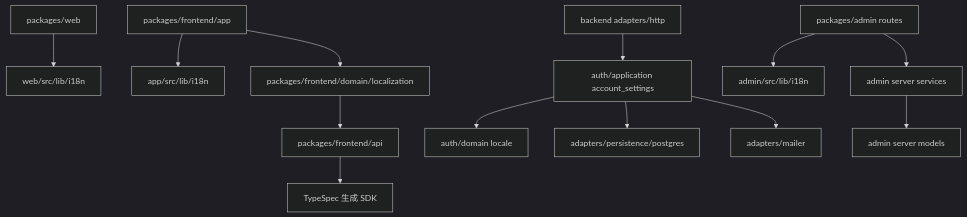
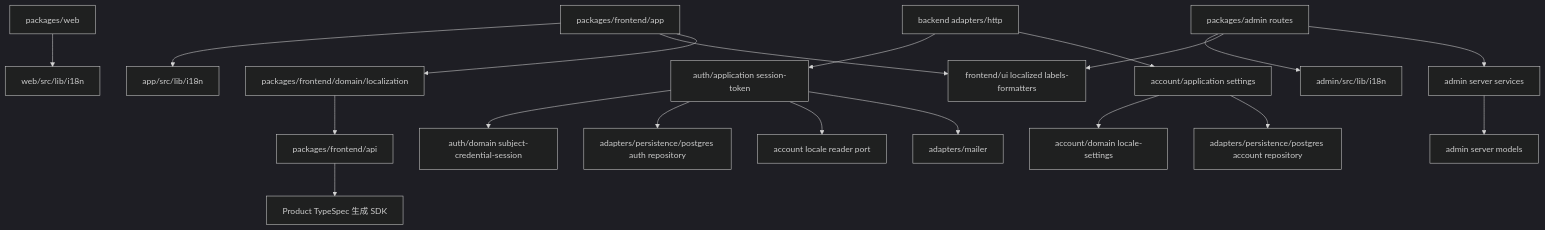
The second of 6 diagrams in openspec/changes/add-default-i18n/design.md (witwire-net/www-template), drawn with Mermaid (dark theme) before and after one commit. The commit also changed other lines of this file and 9 other files, not shown here.

````diff
--- a/openspec/changes/add-default-i18n/design.md
+++ b/openspec/changes/add-default-i18n/design.md
@@ -235,15 +273,21 @@
 ```mermaid
 flowchart TB
   Web[packages/web] --> WebI18n[web/src/lib/i18n]
   App[packages/frontend/app] --> AppI18n[app/src/lib/i18n]
+  App --> UI[frontend/ui localized labels-formatters]
   App --> Domain[packages/frontend/domain/localization]
   Domain --> Api[packages/frontend/api]
-  Api --> TypeSpec[TypeSpec 生成 SDK]
-  BackendHTTP[backend adapters/http] --> BackendApp[auth/application account_settings]
-  BackendApp --> BackendDomain[auth/domain locale]
-  BackendApp --> Postgres[adapters/persistence/postgres]
-  BackendApp --> Mailer[adapters/mailer]
+  Api --> TypeSpec[Product TypeSpec 生成 SDK]
+  BackendHTTP[backend adapters/http] --> AuthApp[auth/application session-token]
+  BackendHTTP --> AccountApp[account/application settings]
+  AuthApp --> AuthDomain[auth/domain subject-credential-session]
+  AccountApp --> AccountDomain[account/domain locale-settings]
+  AccountApp --> Postgres[adapters/persistence/postgres account repository]
+  AuthApp --> PostgresAuth[adapters/persistence/postgres auth repository]
+  AuthApp --> AccountLocaleReader[account locale reader port]
+  AuthApp --> Mailer[adapters/mailer]
   AdminRoutes[packages/admin routes] --> AdminI18n[admin/src/lib/i18n]
+  AdminRoutes --> UI
   AdminRoutes --> AdminServices[admin server services]
   AdminServices --> AdminModels[admin server models]
 ```
````
